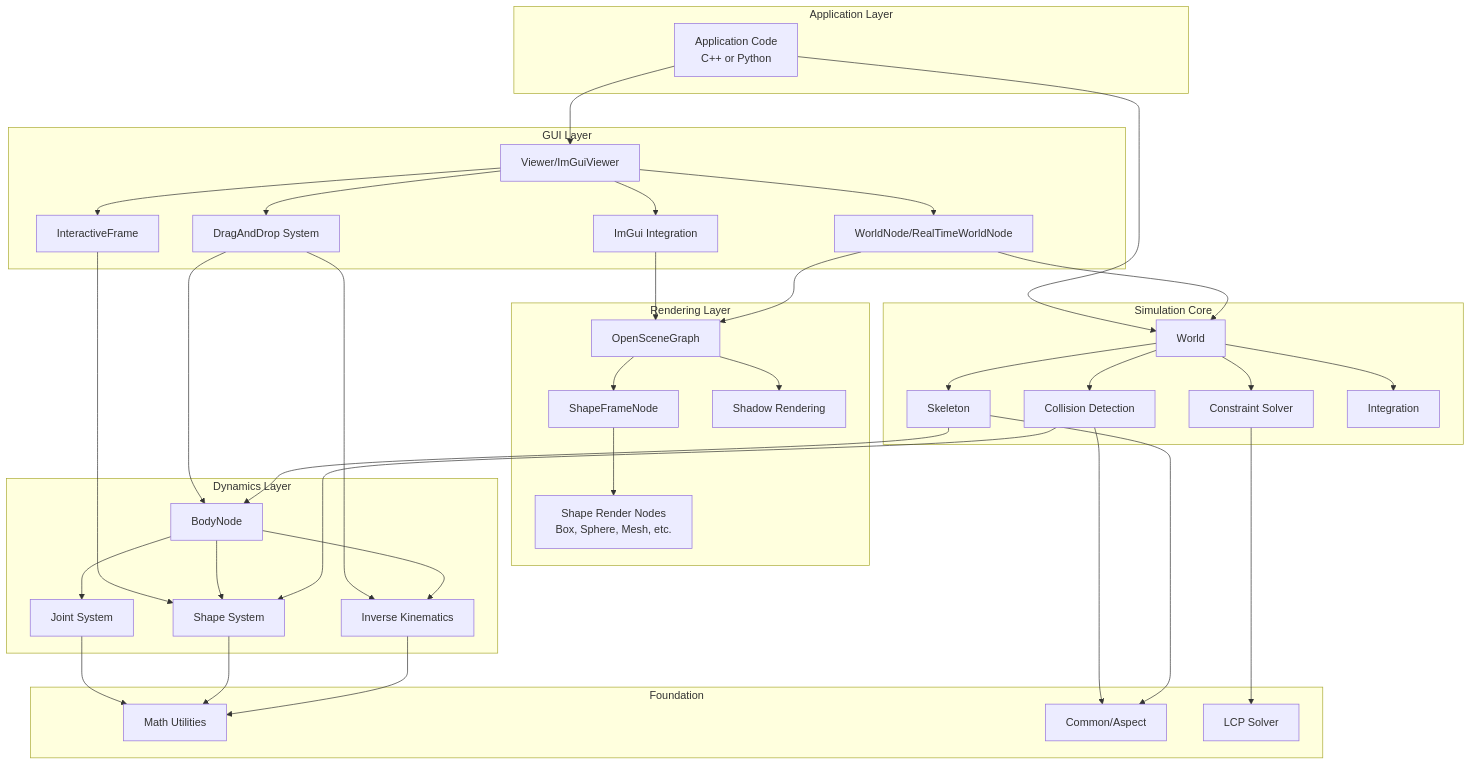
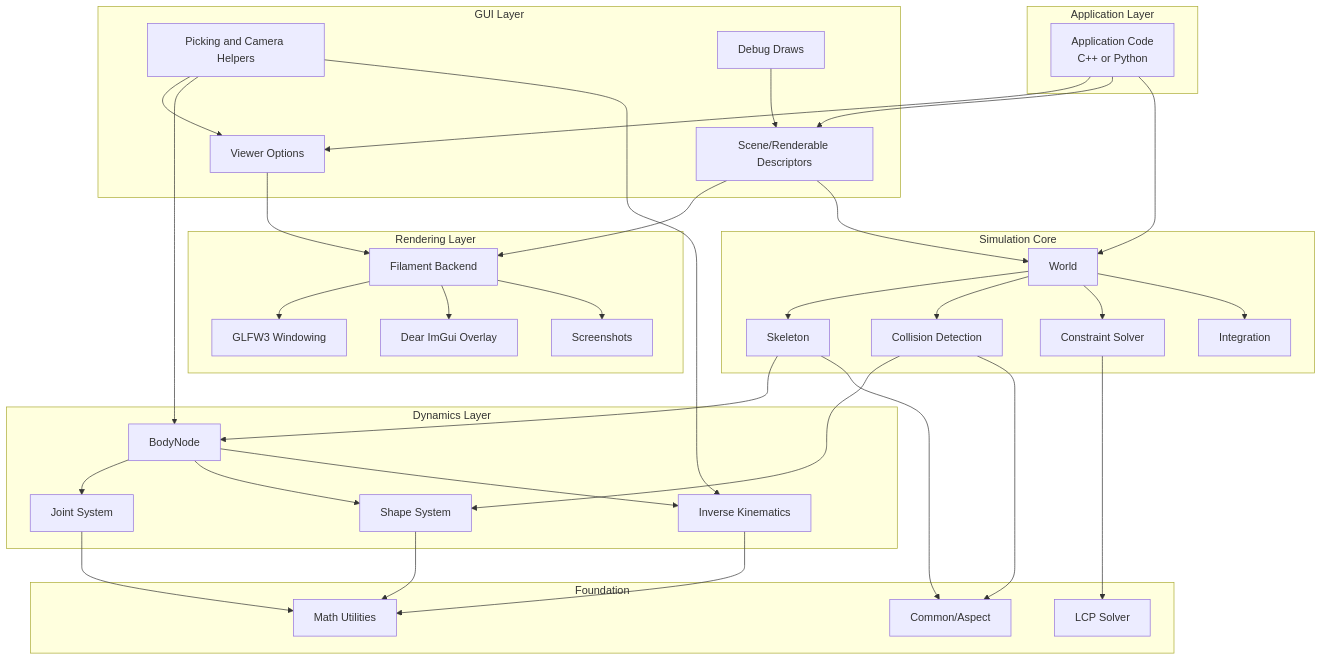
Before and after one commit to dartsim/dart: the first of 7 diagrams in docs/onboarding/README.md, drawn with Mermaid. The commit also changed other lines of this file and 560 other files, not shown here.

Commit message:
Promote Filament as the maintained GUI renderer (#2687)

```diff
--- a/docs/onboarding/README.md
+++ b/docs/onboarding/README.md
@@ -170,18 +156,17 @@
     end
 
     subgraph "GUI Layer"
-        VIEWER[Viewer/ImGuiViewer]
-        IMGUI[ImGui Integration]
-        WORLDNODE[WorldNode/RealTimeWorldNode]
-        DND[DragAndDrop System]
-        INTERACTIVE[InteractiveFrame]
+        VIEWER[Viewer Options]
+        DESCRIPTORS[Scene/Renderable Descriptors]
+        INTERACTION[Picking and Camera Helpers]
+        DEBUG[Debug Draws]
     end
 
     subgraph "Rendering Layer"
-        OSG[OpenSceneGraph]
-        SHAPENODE[ShapeFrameNode]
-        RENDERNODES[Shape Render Nodes<br/>Box, Sphere, Mesh, etc.]
-        SHADOWS[Shadow Rendering]
+        FILAMENT[Filament Backend]
+        GLFW[GLFW3 Windowing]
+        IMGUI[Dear ImGui Overlay]
+        SCREENSHOT[Screenshots]
     end
 
     subgraph "Simulation Core"
@@ -206,24 +191,20 @@
     end
 
     APP --> VIEWER
+    APP --> DESCRIPTORS
     APP --> WORLD
 
-    VIEWER --> IMGUI
-    VIEWER --> WORLDNODE
-    VIEWER --> DND
-    VIEWER --> INTERACTIVE
+    VIEWER --> FILAMENT
+    DESCRIPTORS --> FILAMENT
+    INTERACTION --> VIEWER
+    DEBUG --> DESCRIPTORS
 
-    IMGUI --> OSG
-    WORLDNODE --> OSG
-    WORLDNODE --> WORLD
-
-    OSG --> SHAPENODE
-    OSG --> SHADOWS
-    SHAPENODE --> RENDERNODES
-
-    DND --> BODYNODE
-    DND --> IK
-    INTERACTIVE --> SHAPES
+    FILAMENT --> GLFW
+    FILAMENT --> IMGUI
+    FILAMENT --> SCREENSHOT
+    DESCRIPTORS --> WORLD
+    INTERACTION --> BODYNODE
+    INTERACTION --> IK
 
     WORLD --> SKELETON
     WORLD --> COLLISION
@@ -244,11 +225,9 @@
     COLLISION --> COMMON
     SKELETON --> COMMON
 
-    click VIEWER "dart/gui/Viewer.hpp" "Open Viewer"
-    click IMGUI "dart/gui/ImGuiViewer.hpp" "Open ImGuiViewer"
-    click WORLDNODE "dart/gui/WorldNode.hpp" "Open WorldNode"
-    click DND "dart/gui/DragAndDrop.hpp" "Open DragAndDrop"
-    click INTERACTIVE "dart/gui/InteractiveFrame.hpp" "Open InteractiveFrame"
+    click VIEWER "dart/gui/viewer.hpp" "Open viewer descriptors"
+    click DESCRIPTORS "dart/gui/renderable.hpp" "Open renderable descriptors"
+    click INTERACTION "dart/gui/interaction.hpp" "Open interaction helpers"
     click WORLD "dart/simulation/World.hpp" "Open World"
     click SKELETON "dart/dynamics/Skeleton.hpp" "Open Skeleton"
     click BODYNODE "dart/dynamics/BodyNode.hpp" "Open BodyNode"
```
